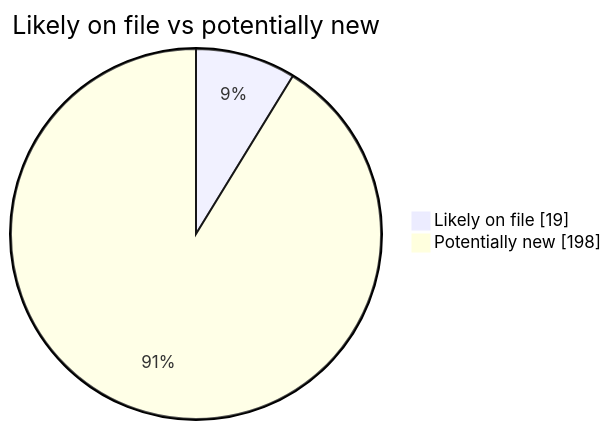
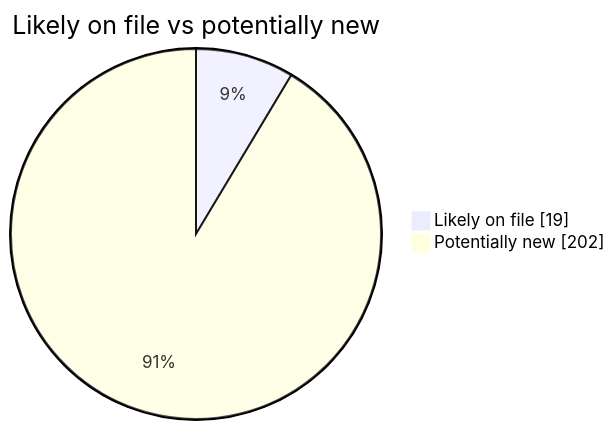
One commit to martinbalfanz/social-scanner-reports changed the second of 4 diagrams in README.md. Above: the diagram before and after it, drawn with Mermaid. The commit also changed other lines of this file and 2 other files, not shown here.

````diff
--- a/README.md
+++ b/README.md
@@ -40,5 +40,5 @@
 ```mermaid
 pie showData title Likely on file vs potentially new
     "Likely on file" : 19
-    "Potentially new" : 198
+    "Potentially new" : 202
 ```
````
